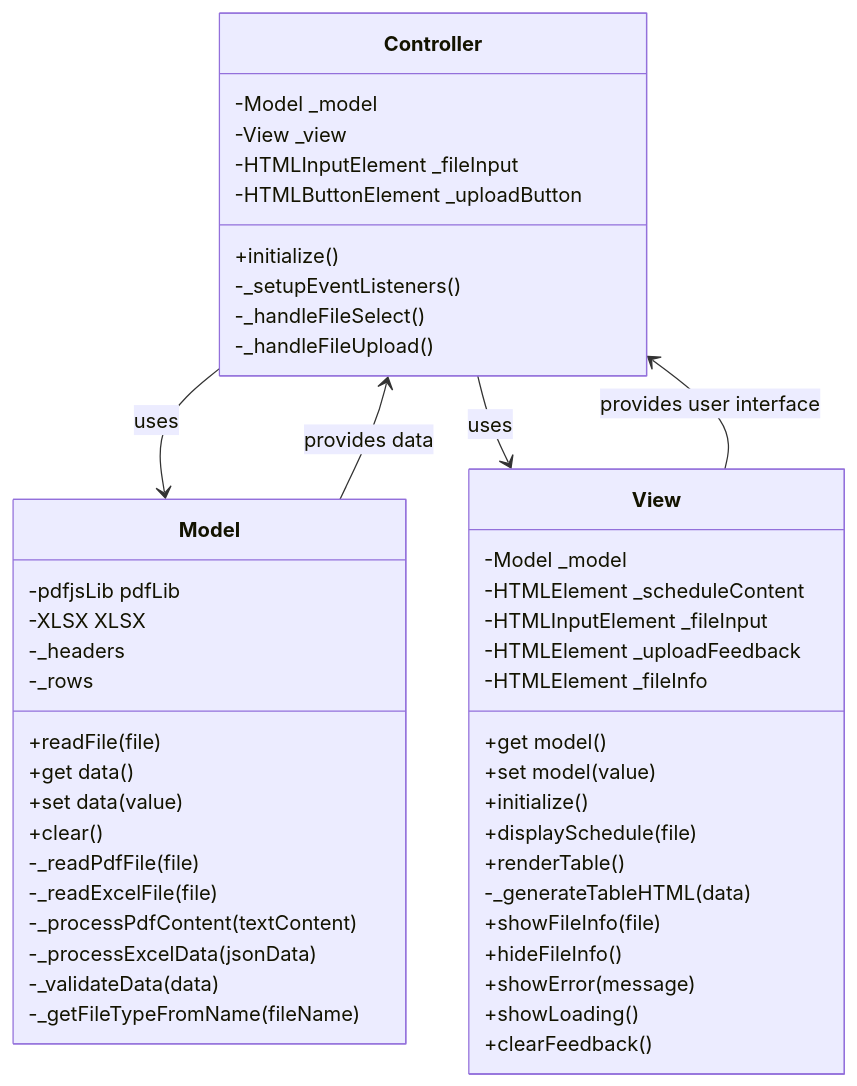
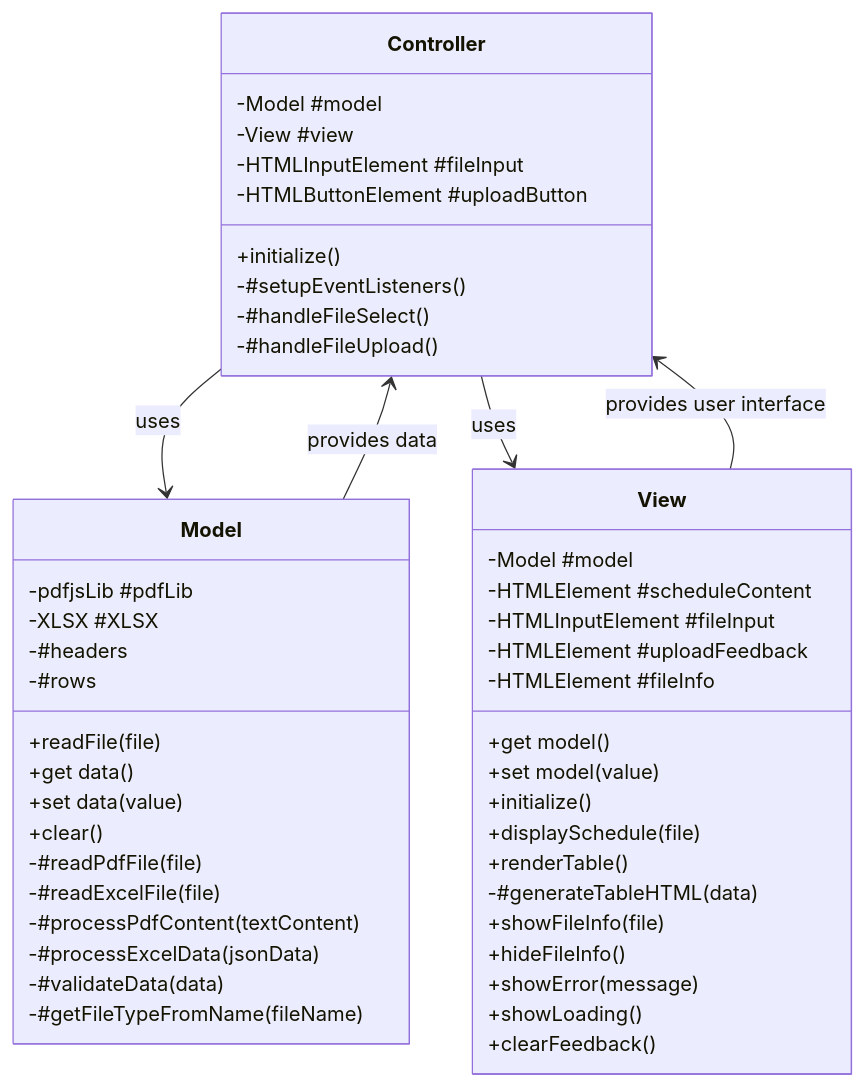
One commit to ahmetcankaratas/transformer changed the first of 4 diagrams in HW1/JavaScript/README.md. Above: the diagram before and after it, drawn with Mermaid. The commit also changed other lines of this file and 3 other files, not shown here.

````diff
--- a/HW1/JavaScript/README.md
+++ b/HW1/JavaScript/README.md
@@ -37,54 +37,54 @@
 ```mermaid
 classDiagram
     Controller --> Model : uses
     Controller --> View : uses
     Model --> Controller : provides data
     View --> Controller : provides user interface
 
     class Controller {
-        -Model _model
-        -View _view
-        -HTMLInputElement _fileInput
-        -HTMLButtonElement _uploadButton
+        -Model #model
+        -View #view
+        -HTMLInputElement #fileInput
+        -HTMLButtonElement #uploadButton
         +initialize()
-        -_setupEventListeners()
-        -_handleFileSelect()
-        -_handleFileUpload()
+        -#setupEventListeners()
+        -#handleFileSelect()
+        -#handleFileUpload()
     }
 
     class Model {
-        -pdfjsLib pdfLib
-        -XLSX XLSX
-        -_headers
-        -_rows
+        -pdfjsLib #pdfLib
+        -XLSX #XLSX
+        -#headers
+        -#rows
         +readFile(file)
         +get data()
         +set data(value)
         +clear()
-        -_readPdfFile(file)
-        -_readExcelFile(file)
-        -_processPdfContent(textContent)
-        -_processExcelData(jsonData)
-        -_validateData(data)
-        -_getFileTypeFromName(fileName)
+        -#readPdfFile(file)
+        -#readExcelFile(file)
+        -#processPdfContent(textContent)
+        -#processExcelData(jsonData)
+        -#validateData(data)
+        -#getFileTypeFromName(fileName)
     }
 
     class View {
-        -Model _model
-        -HTMLElement _scheduleContent
-        -HTMLInputElement _fileInput
-        -HTMLElement _uploadFeedback
-        -HTMLElement _fileInfo
+        -Model #model
+        -HTMLElement #scheduleContent
+        -HTMLInputElement #fileInput
+        -HTMLElement #uploadFeedback
+        -HTMLElement #fileInfo
         +get model()
         +set model(value)
         +initialize()
         +displaySchedule(file)
         +renderTable()
-        -_generateTableHTML(data)
+        -#generateTableHTML(data)
         +showFileInfo(file)
         +hideFileInfo()
         +showError(message)
         +showLoading()
         +clearFeedback()
     }
 ```
````
